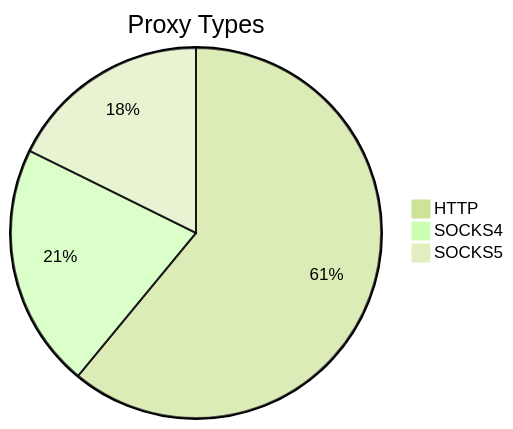
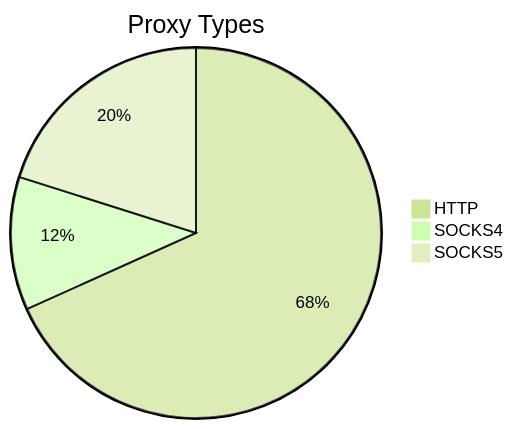
Before and after one commit to stormsia/proxy-list: the first of 2 diagrams in README.md, drawn with Mermaid (forest theme). The commit also changed other lines of this file, not shown here.

````diff
--- a/README.md
+++ b/README.md
@@ -21,6 +21,6 @@
 ```mermaid
 pie title Proxy Types
-    "HTTP" : 286
-    "SOCKS4" : 100
-    "SOCKS5" : 83
+    "HTTP" : 241
+    "SOCKS4" : 41
+    "SOCKS5" : 71
 ```
````
